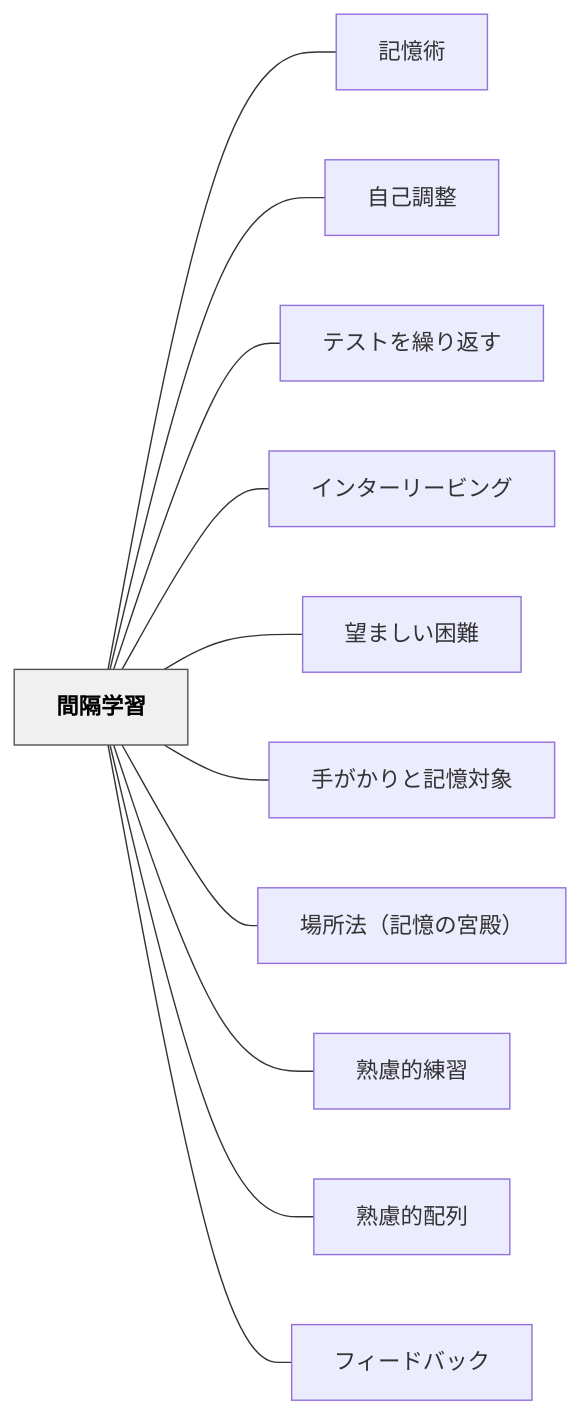
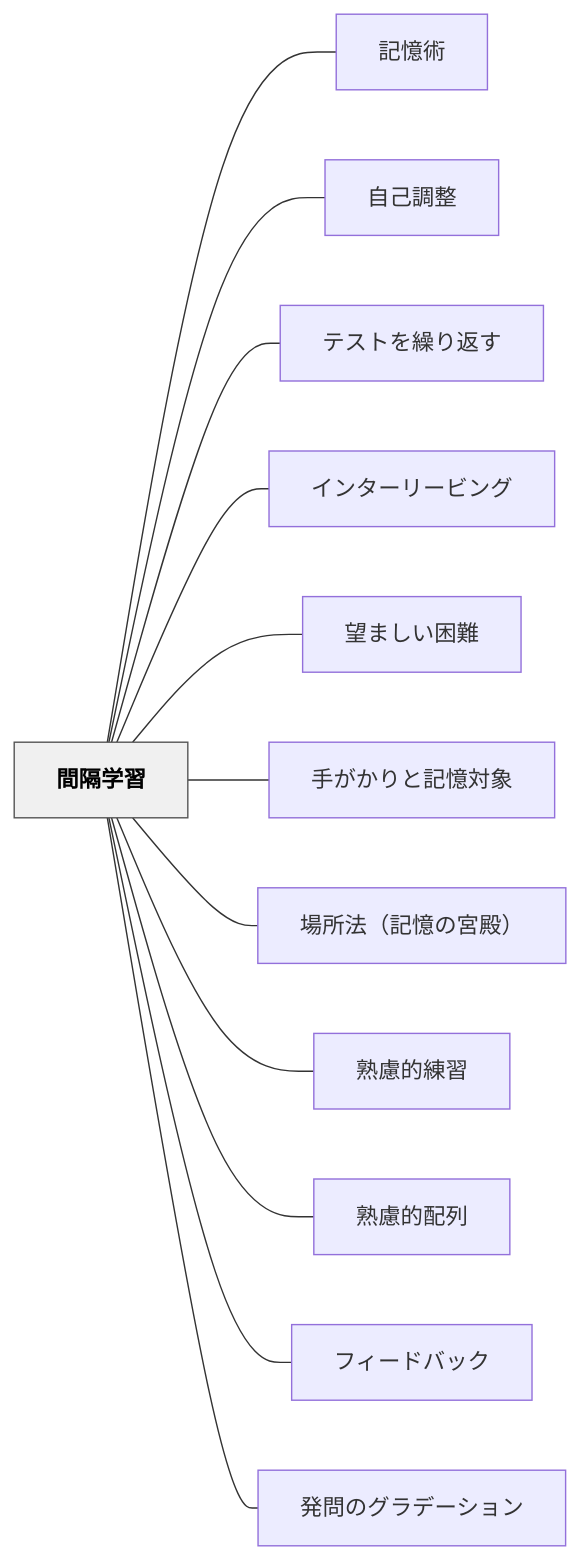
Before and after one commit to unknownthings-ed-patterns/unknownthings-ed-patterns: the diagram in content/パタン/間隔学習.md, drawn with Mermaid. The commit also changed other lines of this file and 76 other files, not shown here.

````diff
--- a/content/パタン/間隔学習.md
+++ b/content/パタン/間隔学習.md
@@ -146,28 +147,30 @@
 ```mermaid
 flowchart LR
     ne99693e99a94e5ada6e7bf92["間隔学習"]
     ne8a898e686b6e8a193["記憶術"]
     ne887aae5b7b1e8aabfe695b4["自己調整"]
     ne38386e382b9e38388e38292e7b9b0e3828ae8bf94e38199["テストを繰り返す"]
     ne382a4e383b3e382bfe383bce383aae383bce38393e383b3e382b0["インターリービング"]
     ne69c9be381bee38197e38184e59bb0e99ba3["望ましい困難"]
     ne6898be3818ce3818be3828ae381a8e8a898e686b6e5afbee8b1a1["手がかりと記憶対象"]
     ne5a0b4e68980e6b395efbc88e8a898e686b6e381aee5aeaee6aebfefbc89["場所法（記憶の宮殿）"]
     ne7869fe685aee79a84e7b7b4e7bf92["熟慮的練習"]
     ne7869fe685aee79a84e9858de58897["熟慮的配列"]
     ne38395e382a3e383bce38389e38390e38383e382af["フィードバック"]
+    ne799bae5958fe381aee382b0e383a9e38387e383bce382b7e383a7e383b3["発問のグラデーション"]
 
     ne99693e99a94e5ada6e7bf92 --- ne8a898e686b6e8a193
     ne99693e99a94e5ada6e7bf92 --- ne887aae5b7b1e8aabfe695b4
     ne99693e99a94e5ada6e7bf92 --- ne38386e382b9e38388e38292e7b9b0e3828ae8bf94e38199
     ne99693e99a94e5ada6e7bf92 --- ne382a4e383b3e382bfe383bce383aae383bce38393e383b3e382b0
     ne99693e99a94e5ada6e7bf92 --- ne69c9be381bee38197e38184e59bb0e99ba3
     ne99693e99a94e5ada6e7bf92 --- ne6898be3818ce3818be3828ae381a8e8a898e686b6e5afbee8b1a1
     ne99693e99a94e5ada6e7bf92 --- ne5a0b4e68980e6b395efbc88e8a898e686b6e381aee5aeaee6aebfefbc89
     ne99693e99a94e5ada6e7bf92 --- ne7869fe685aee79a84e7b7b4e7bf92
     ne99693e99a94e5ada6e7bf92 --- ne7869fe685aee79a84e9858de58897
     ne99693e99a94e5ada6e7bf92 --- ne38395e382a3e383bce38389e38390e38383e382af
+    ne99693e99a94e5ada6e7bf92 --- ne799bae5958fe381aee382b0e383a9e38387e383bce382b7e383a7e383b3
 
     classDef hub fill:#f0f0f0,stroke:#555,color:#000,font-weight:bold
     class ne99693e99a94e5ada6e7bf92 hub
 ```
````
